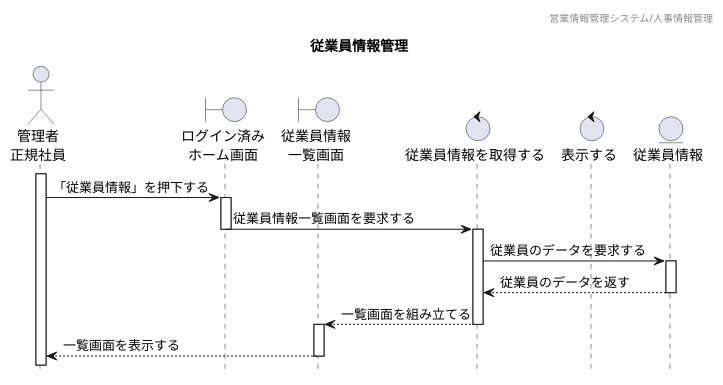
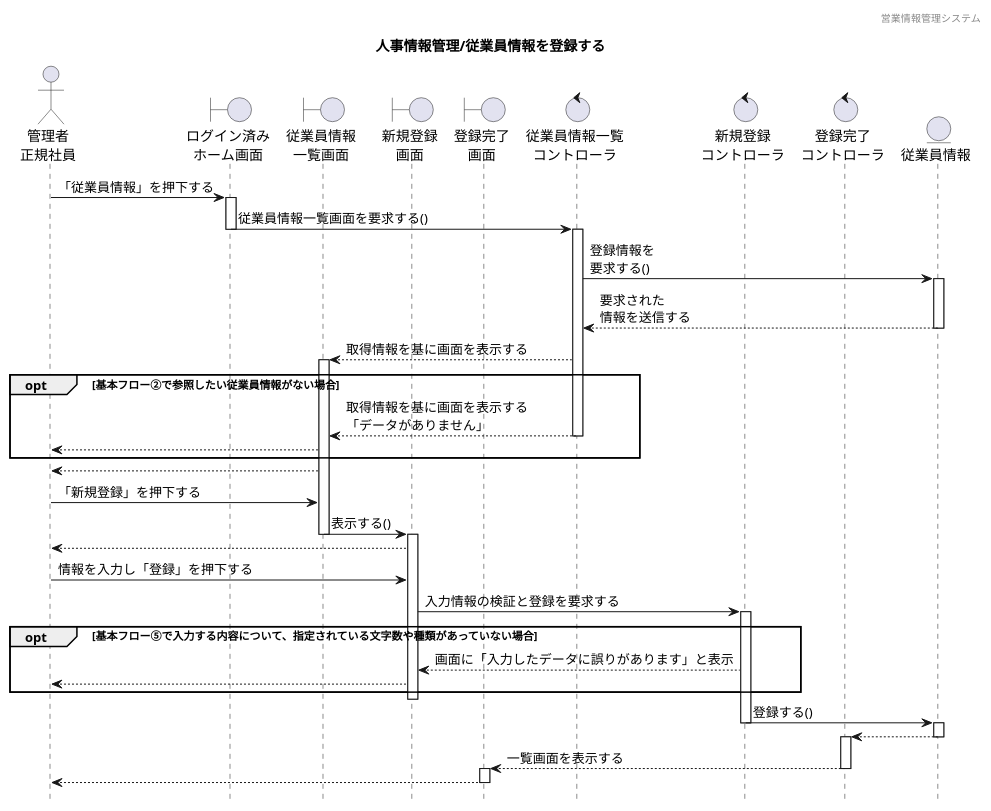
The diagram in 各種設計書/4シーケンス図/マスタ管理/1.従業員情報マスタ/未_従業員情報管理_登録.plantuml (HaruShim/Sotuken), drawn with PlantUML before and after one commit. The commit also changed 3 other files, not shown here.

```diff
--- a/各種設計書/4シーケンス図/マスタ管理/1.従業員情報マスタ/未_従業員情報管理_登録.plantuml
+++ b/各種設計書/4シーケンス図/マスタ管理/1.従業員情報マスタ/未_従業員情報管理_登録.plantuml
@@ -1,40 +1,77 @@
 @startuml シーケンス図
 
 ' 下アイコン除去
 hide footbox
 ' ヘッダー
-header 営業情報管理システム/人事情報管理
+header 営業情報管理システム
 ' タイトル
-title 従業員情報管理
+title 人事情報管理/従業員情報を登録する
 
 
 ' アイコン
-actor "管理者\n正規社員" as Act
-boundary "ログイン済み\nホーム画面" as HomeSc
-boundary "従業員情報\n一覧画面" as StaffListSc
-control "従業員情報を取得する" as StaffCl
-control "表示する" as ScCl
-entity "従業員情報" as StaffDB
-
+actor "管理者\n正規社員" as a1
+boundary "ログイン済み\nホーム画面" as b1
+boundary "従業員情報\n一覧画面" as b2
+boundary "新規登録\n画面" as b3
+boundary "登録完了\n画面" as b4
+control "従業員情報一覧\nコントローラ" as c1
+control "新規登録\nコントローラ" as c2
+control "登録完了\nコントローラ" as c3
+entity "従業員情報" as e1
 
 
 ' ログイン済みホーム画面から一覧表示までのシーケンス
-activate Act
-Act -> HomeSc : 「従業員情報」を押下する
-activate HomeSc
-HomeSc -> StaffCl : 従業員情報一覧画面を要求する
-deactivate
-activate StaffCl
-StaffCl -> StaffDB : 従業員のデータを要求する
-activate StaffDB
-StaffCl <-- StaffDB : 従業員のデータを返す
-deactivate
-StaffListSc <-- StaffCl : 一覧画面を組み立てる
-deactivate
-activate StaffListSc
-Act <-- StaffListSc : 一覧画面を表示する
-deactivate
+a1 -> b1 : 「従業員情報」を押下する
+activate b1
+b1 -> c1 : 従業員情報一覧画面を要求する()
+deactivate b1
+activate c1
+c1 -> e1 : 登録情報を\n要求する()
+activate e1
+c1 <-- e1 : 要求された\n情報を送信する
+deactivate e1
+b2 <-- c1 : 取得情報を基に画面を表示する
+activate b2
+
+' 代替フロー
+opt 基本フロー②で参照したい従業員情報がない場合
+b2 <-- c1 : 取得情報を基に画面を表示する\n「データがありません」
+deactivate c1
+a1 <-- b2
+end
+
+activate b2
+a1 <-- b2
+a1 -> b2 : 「新規登録」を押下する
+b2 -> b3 : 表示する()
+deactivate b2
+activate b3
+a1 <-- b3
+a1 -> b3 : 情報を入力し「登録」を押下する
+b3 -> c2 : 入力情報の検証と登録を要求する
+activate c2
+
+' 代替フロー
+opt 基本フロー⑤で入力する内容について、指定されている文字数や種類があっていない場合
+b3 <-- c2 : 画面に「入力したデータに誤りがあります」と表示
+deactivate c1
+a1 <-- b3
+end
+
+deactivate b3
+activate c2
+c2 -> e1 : 登録する()
+deactivate c2
+activate e1
+c3 <-- e1
+deactivate e1
+activate c3
+b4 <-- c3 : 一覧画面を表示する
+deactivate c3
+activate b4
+a1 <-- b4
+deactivate b4
 
 
 
 @enduml
```
